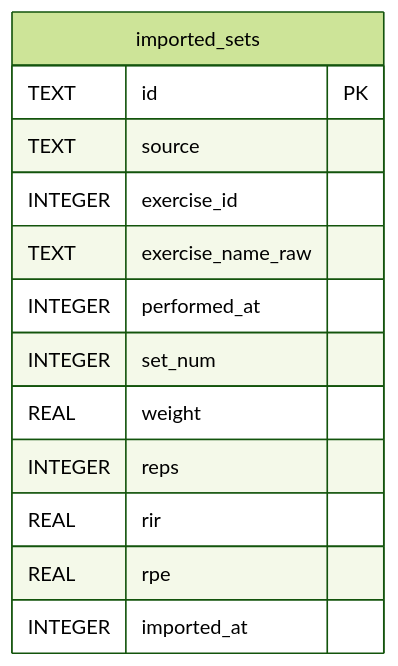
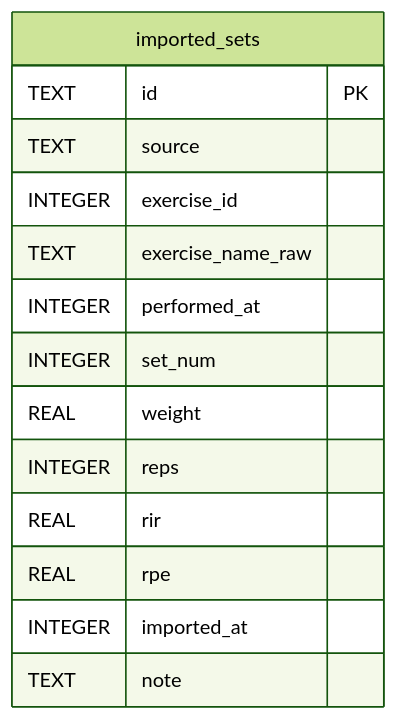
The diagram in docs/schema/user/imported_sets.md (wilburwing-art/phase-training2), drawn with Mermaid (forest theme) before and after one commit. The commit also changed other lines of this file and 11 other files, not shown here.

Commit message:
skills, docs: gap backlog progress, search and UI-test notes, schema docs

````diff
--- a/docs/schema/user/imported_sets.md
+++ b/docs/schema/user/imported_sets.md
@@ -62,18 +63,19 @@
 ```mermaid
 erDiagram
 
 
 "imported_sets" {
   TEXT id PK
   TEXT source
   INTEGER exercise_id
   TEXT exercise_name_raw
   INTEGER performed_at
   INTEGER set_num
   REAL weight
   INTEGER reps
   REAL rir
   REAL rpe
   INTEGER imported_at
+  TEXT note
 }
 ```
````
